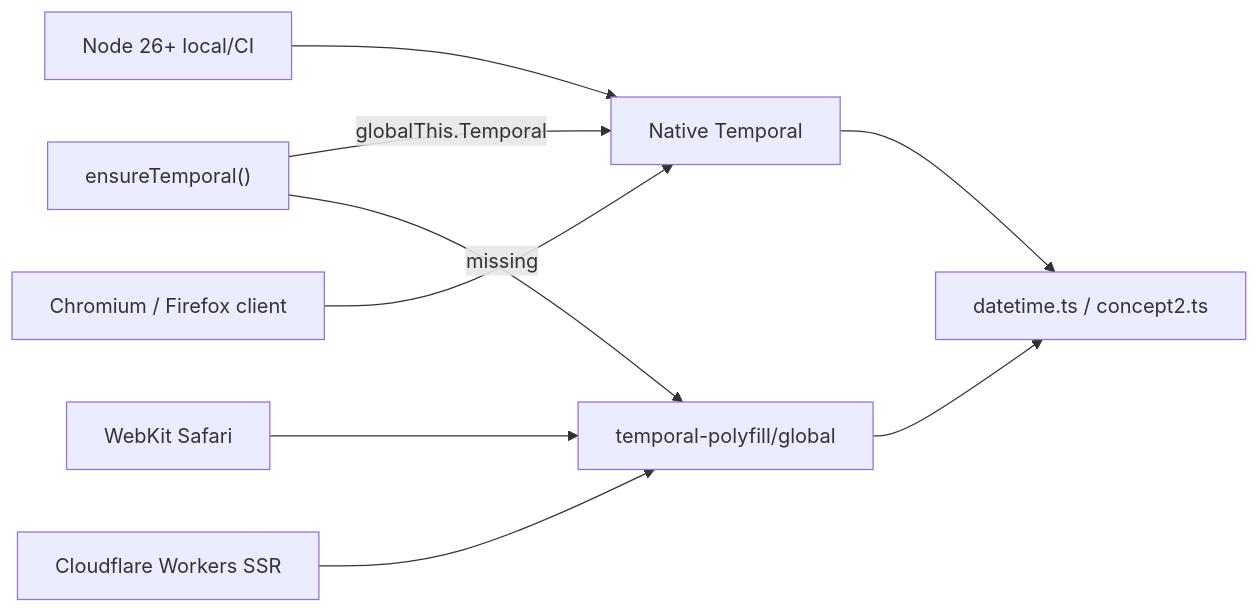
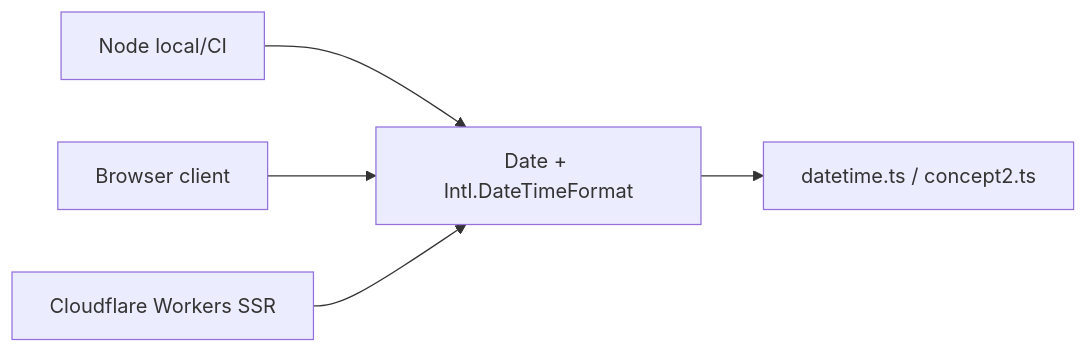
Before and after one commit to shenghaoc/rowplay: the first of 2 diagrams in .kiro/specs/platform-modernization-audit/design.md, drawn with Mermaid. The commit also changed other lines of this file and 33 other files, not shown here.

First line of the commit message:
[codex] Remove Temporal polyfill runtime (#157)

````diff
--- a/.kiro/specs/platform-modernization-audit/design.md
+++ b/.kiro/specs/platform-modernization-audit/design.md
@@ -191,12 +190,7 @@
 ```mermaid
 flowchart LR
-  ensure["ensureTemporal()"]
-  ensure -->|"globalThis.Temporal"| native["Native Temporal"]
-  ensure -->|"missing"| poly["temporal-polyfill/global"]
-  native --> dt["datetime.ts / concept2.ts"]
-  poly --> dt
-  N26["Node 26+ local/CI"] --> native
-  Chr["Chromium / Firefox client"] --> native
-  WK["WebKit Safari"] --> poly
-  CF["Cloudflare Workers SSR"] --> poly
+  intl["Date + Intl.DateTimeFormat"] --> dt["datetime.ts / concept2.ts"]
+  N26["Node local/CI"] --> intl
+  Chr["Browser client"] --> intl
+  CF["Cloudflare Workers SSR"] --> intl
 ```
````
